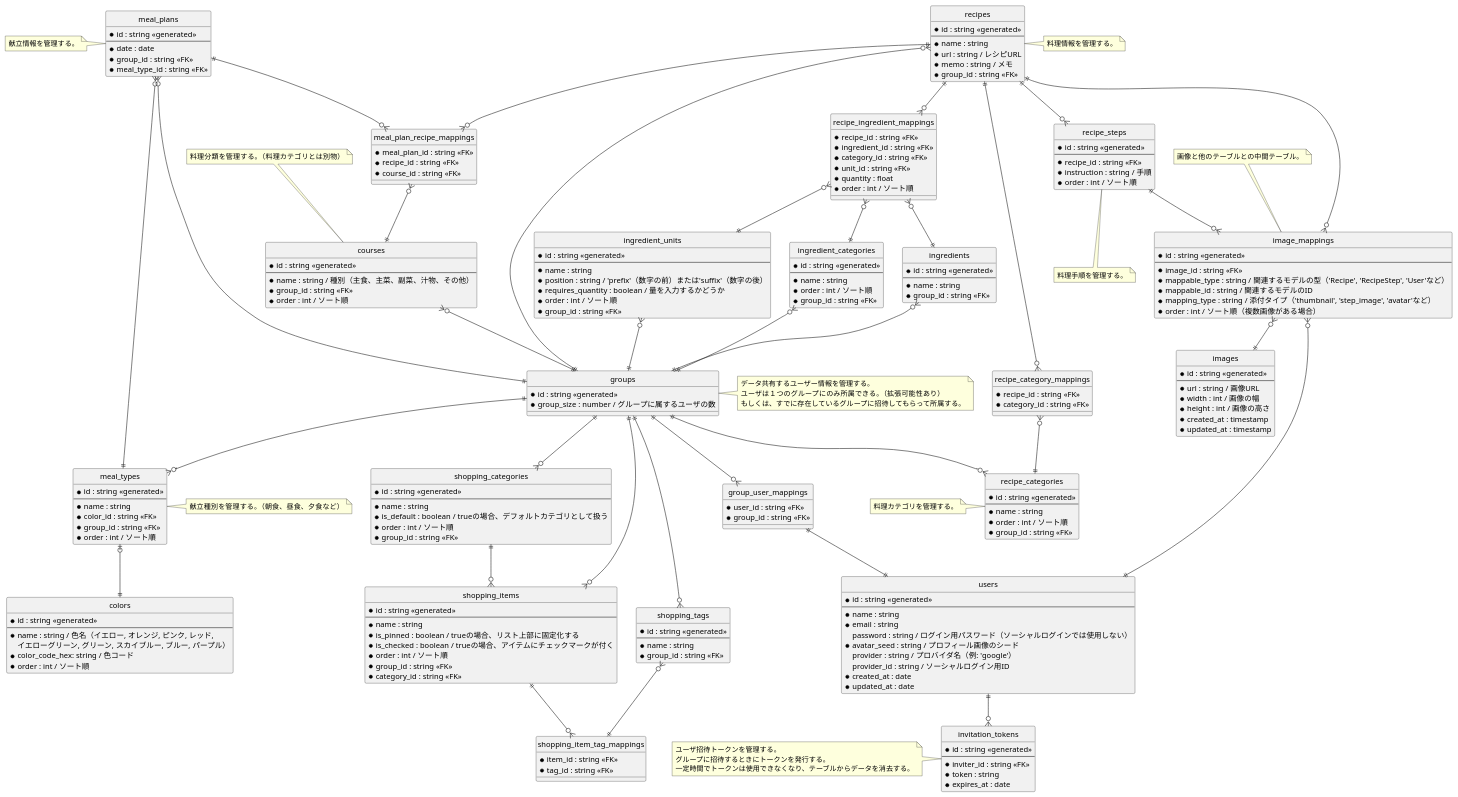
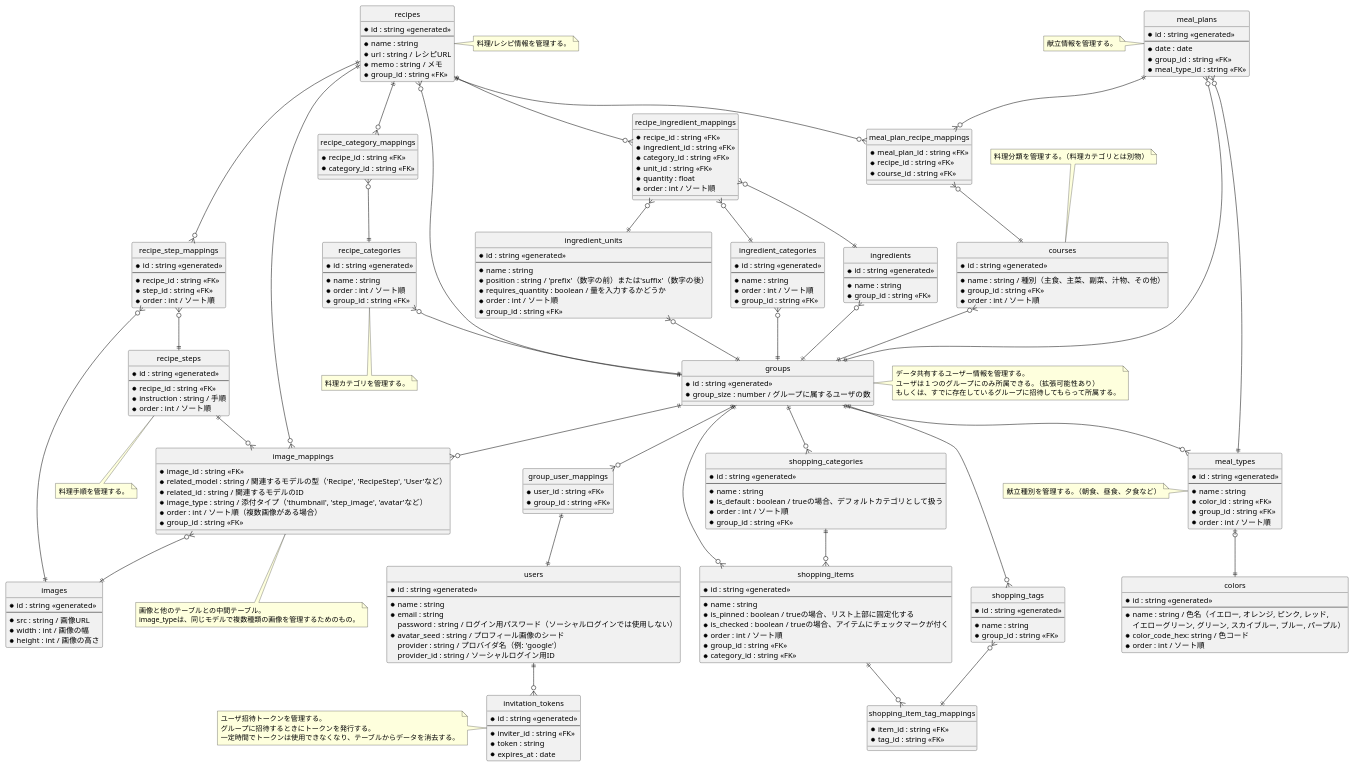
One commit to nanoha94/meap changed the diagram in server/docs/er.puml. Above: the diagram before and after it, drawn with PlantUML. The commit also changed 8 other files, not shown here.

```diff
--- a/server/docs/er.puml
+++ b/server/docs/er.puml
@@ -45,6 +45,14 @@
     --
     * recipe_id : string <<FK>>
     * instruction : string / 手順
+    * order : int / ソート順
+}
+
+entity recipe_step_mappings {
+    * id : string <<generated>>
+    --
+    * recipe_id : string <<FK>>
+    * step_id : string <<FK>>
     * order : int / ソート順
 }
 
@@ -157,8 +165,6 @@
     * avatar_seed : string / プロフィール画像のシード
     provider : string / プロバイダ名（例: 'google'）
     provider_id : string / ソーシャルログイン用ID
-    * created_at : date
-    * updated_at : date
 }
 
 entity invitation_tokens {
@@ -172,26 +178,28 @@
 entity images {
     * id : string <<generated>>
     --
-    * url : string / 画像URL
+    * src : string / 画像URL
     * width : int / 画像の幅
     * height : int / 画像の高さ
-    * created_at : timestamp
-    * updated_at : timestamp
 }
 
 entity image_mappings {
-    * id : string <<generated>>
-    --
     * image_id : string <<FK>>
-    * mappable_type : string / 関連するモデルの型（'Recipe', 'RecipeStep', 'User'など）
-    * mappable_id : string / 関連するモデルのID
-    * mapping_type : string / 添付タイプ（'thumbnail', 'step_image', 'avatar'など）
+    * related_model : string / 関連するモデルの型（'Recipe', 'RecipeStep', 'User'など）
+    * related_id : string / 関連するモデルのID
+    * image_type : string / 添付タイプ（'thumbnail', 'step_image', 'avatar'など）
     * order : int / ソート順（複数画像がある場合）
+    * group_id : string <<FK>>
 }
 
 groups ||--o{ group_user_mappings
 group_user_mappings ||--|| users
 users ||--o{ invitation_tokens
+
+image_mappings }o--|| images
+recipes ||--o{ image_mappings
+recipe_steps ||--o{ image_mappings
+groups ||--o{ image_mappings
 
 groups ||--o{ shopping_items
 groups ||--o{ shopping_categories
@@ -205,29 +213,27 @@
 
 meal_plans }o--|| groups
 meal_plans }o--|| meal_types
+recipes }o--|| groups
 courses }o--|| groups
-recipes }o--|| groups
 recipes ||--o{ meal_plan_recipe_mappings
 meal_plans ||--o{ meal_plan_recipe_mappings
 meal_plan_recipe_mappings }o--|| courses
 
-groups ||--o{ recipe_categories
+recipes ||--o{ recipe_step_mappings
+recipe_step_mappings }o--|| recipe_steps
+recipe_step_mappings }o--|| images
+
+recipes ||--o{ recipe_ingredient_mappings
+recipe_ingredient_mappings }o--|| ingredient_units
+recipe_ingredient_mappings }o--|| ingredients
+recipe_ingredient_mappings }o--|| ingredient_categories
+ingredient_units }o--|| groups
+ingredients }o--|| groups
+ingredient_categories }o--|| groups
+
 recipes ||--o{ recipe_category_mappings
 recipe_category_mappings }o--|| recipe_categories
-recipes ||--o{ recipe_steps
-
-image_mappings }o--|| images
-recipes ||--o{ image_mappings
-recipe_steps ||--o{ image_mappings
-image_mappings }o--|| users
-
-ingredients }o--|| groups
-ingredient_units }o--|| groups
-ingredient_categories }o--|| groups
-recipes ||--o{ recipe_ingredient_mappings
-recipe_ingredient_mappings }o--|| ingredients
-recipe_ingredient_mappings }o--|| ingredient_units
-recipe_ingredient_mappings }o--|| ingredient_categories
+recipe_categories }o--|| groups
 
 note right of groups
   データ共有するユーザー情報を管理する。
@@ -239,12 +245,12 @@
   献立情報を管理する。
 end note
 
-note right of meal_types
+note left of meal_types
   献立種別を管理する。（朝食、昼食、夕食など）
 end note
 
 note right of recipes
-  料理情報を管理する。
+  料理/レシピ情報を管理する。
 end note
 
 note bottom of recipe_steps
@@ -255,7 +261,7 @@
   料理分類を管理する。（料理カテゴリとは別物）
 end note
 
-note left of recipe_categories
+note bottom of recipe_categories
   料理カテゴリを管理する。
 end note
 
@@ -265,8 +271,9 @@
   一定時間でトークンは使用できなくなり、テーブルからデータを消去する。
 end note
 
-note top of image_mappings
+note bottom of image_mappings
   画像と他のテーブルとの中間テーブル。
+  image_typeは、同じモデルで複数種類の画像を管理するためのもの。
 end note
 
 @enduml
```
